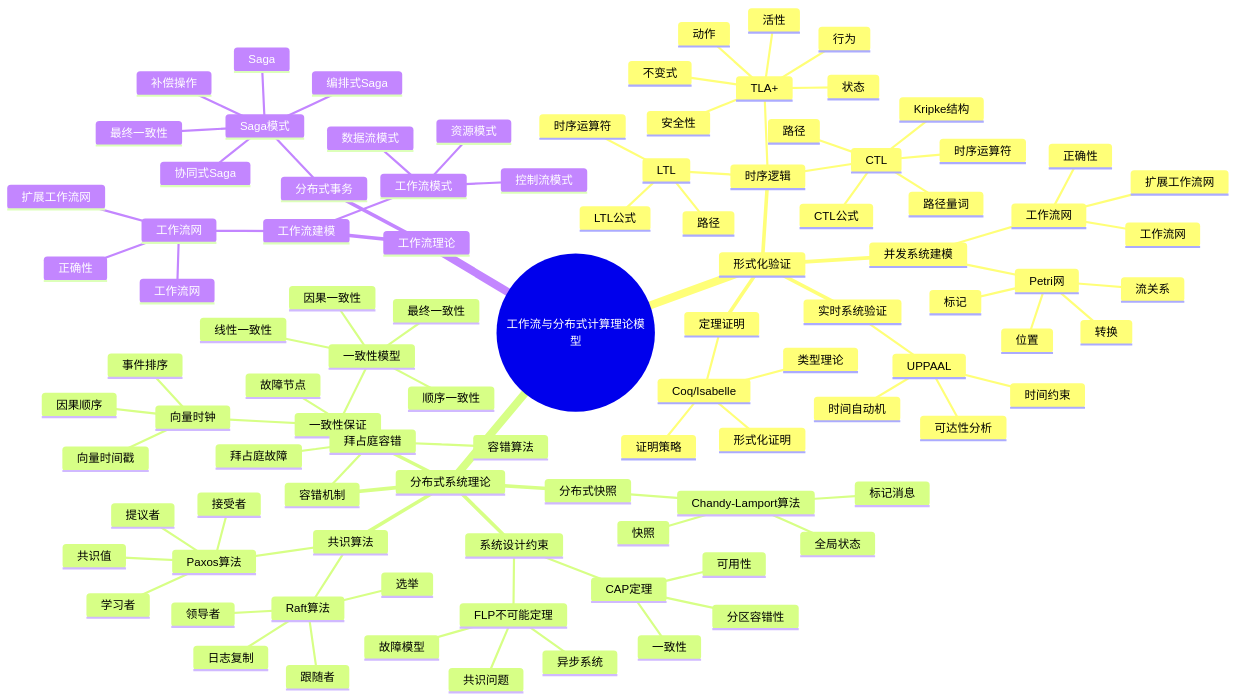
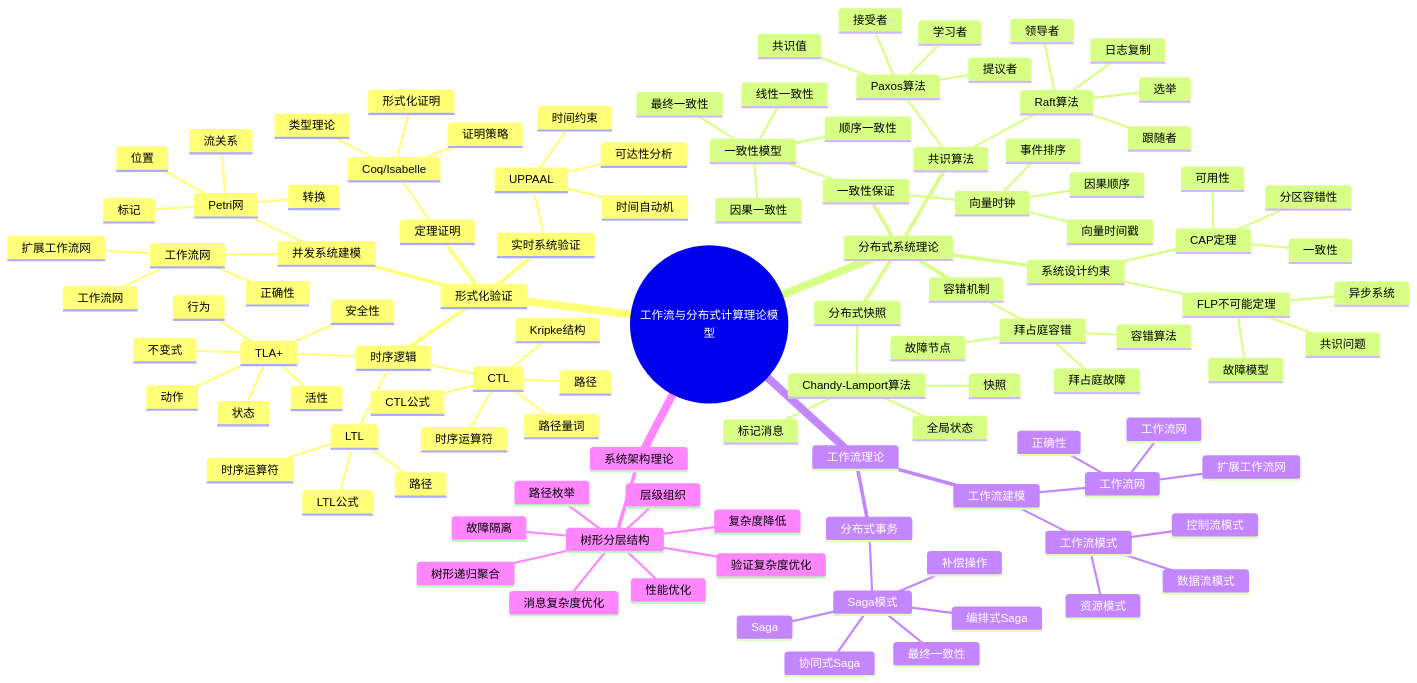
Before and after one commit to AdaMartin18010/DistributedComputing-WorkFlow: the first of 3 diagrams in docs/07-KNOWLEDGE/全局知识概念关系图.md, drawn with Mermaid. The commit also changed other lines of this file and 68 other files, not shown here.

````diff
--- a/docs/07-KNOWLEDGE/全局知识概念关系图.md
+++ b/docs/07-KNOWLEDGE/全局知识概念关系图.md
@@ -145,4 +155,14 @@
           最终一致性
           编排式Saga
           协同式Saga
+    系统架构理论
+      树形分层结构
+        层级组织
+        故障隔离
+        性能优化
+        路径枚举
+        树形递归聚合
+        复杂度降低
+        消息复杂度优化
+        验证复杂度优化
 ```
````
